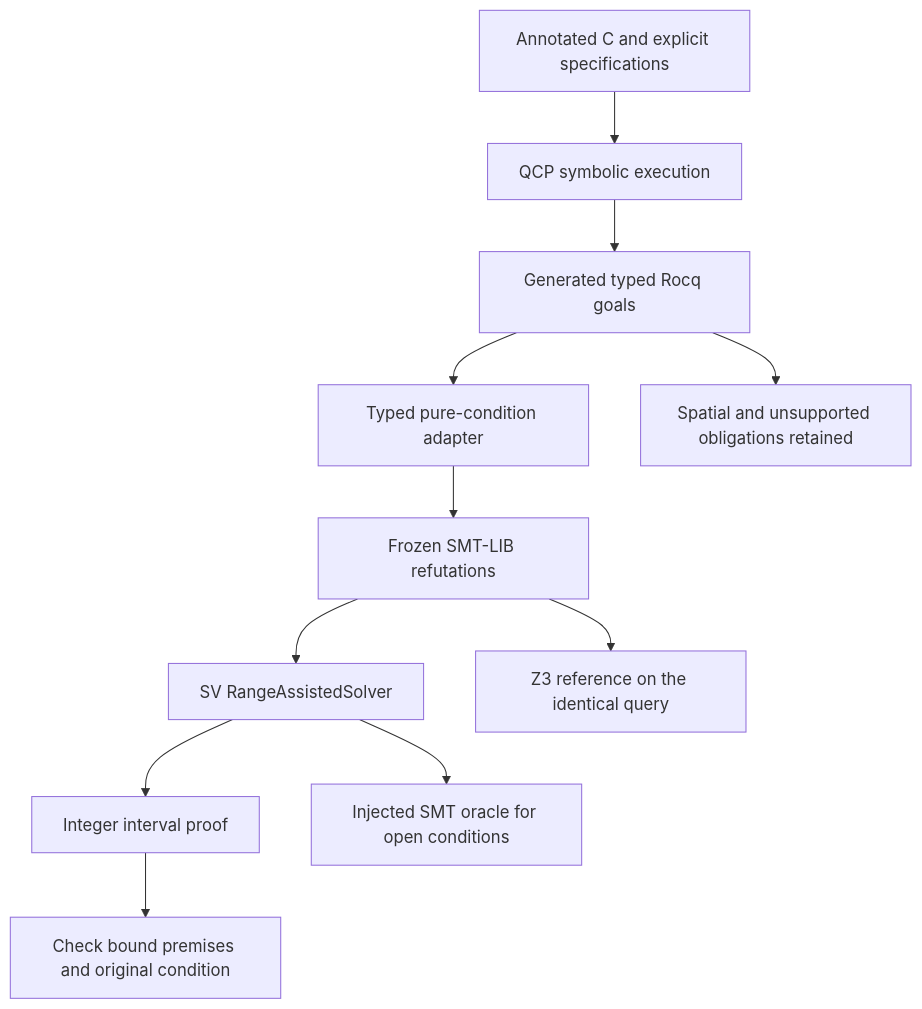
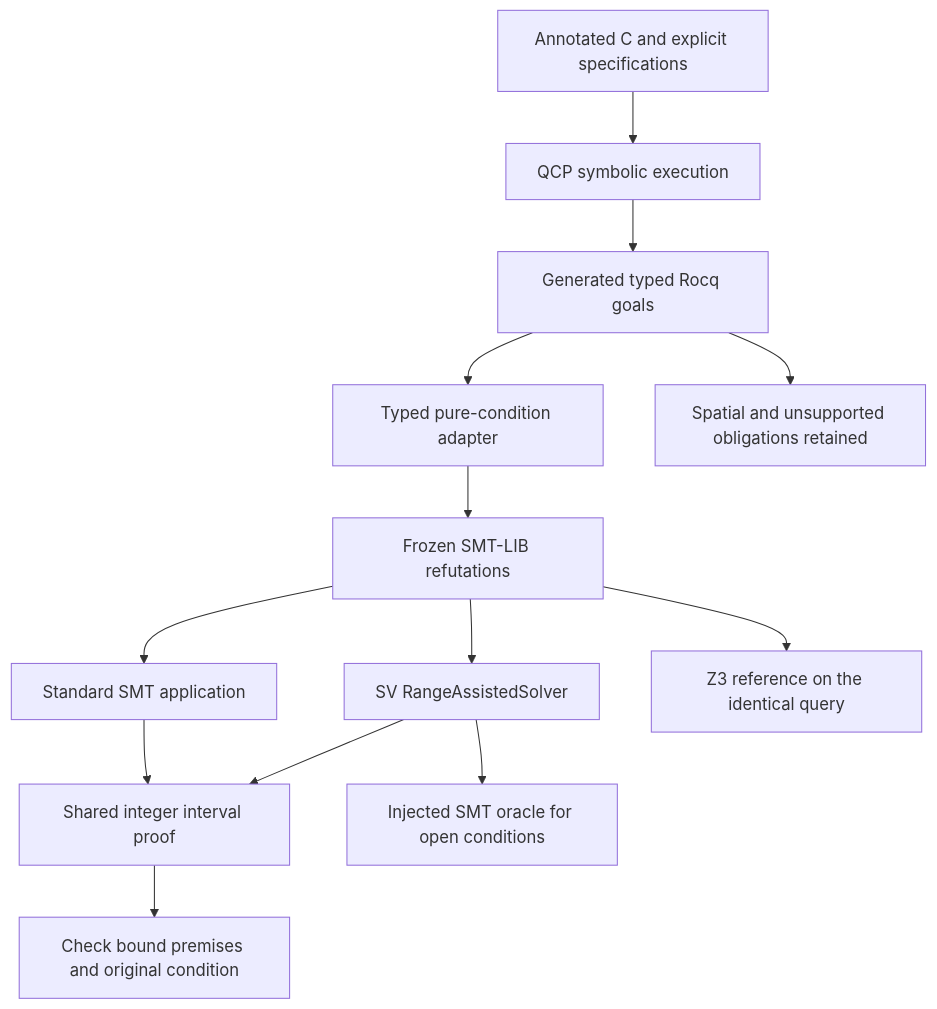
Before and after one commit to fuqi-jia/Xolver: the diagram in tools/integration/README.md, drawn with Mermaid. The commit also changed other lines of this file and 21 other files, not shown here.

First line of the commit message:
Share checked integer reasoning across SMT and SV (#35)

````diff
--- a/tools/integration/README.md
+++ b/tools/integration/README.md
@@ -17,13 +17,15 @@
 ```mermaid
 flowchart TD
   C[Annotated C and explicit specifications] --> Q[QCP symbolic execution]
   Q --> G[Generated typed Rocq goals]
   G --> A[Typed pure-condition adapter]
   G --> H[Spatial and unsupported obligations retained]
   A --> F[Frozen SMT-LIB refutations]
   F --> V[SV RangeAssistedSolver]
-  V --> R[Integer interval proof]
+  F --> M[Standard SMT application]
+  V --> R[Shared integer interval proof]
+  M --> R
   R --> K[Check bound premises and original condition]
   V --> S[Injected SMT oracle for open conditions]
   F --> Z[Z3 reference on the identical query]
 ```
````
